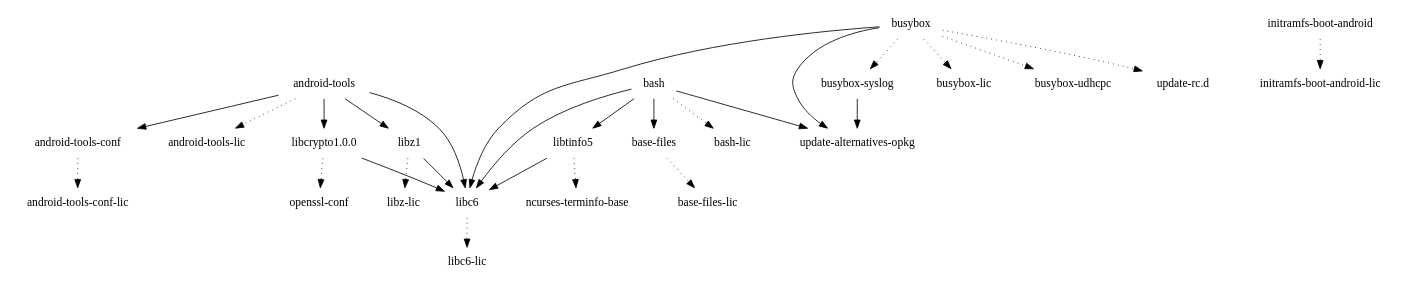
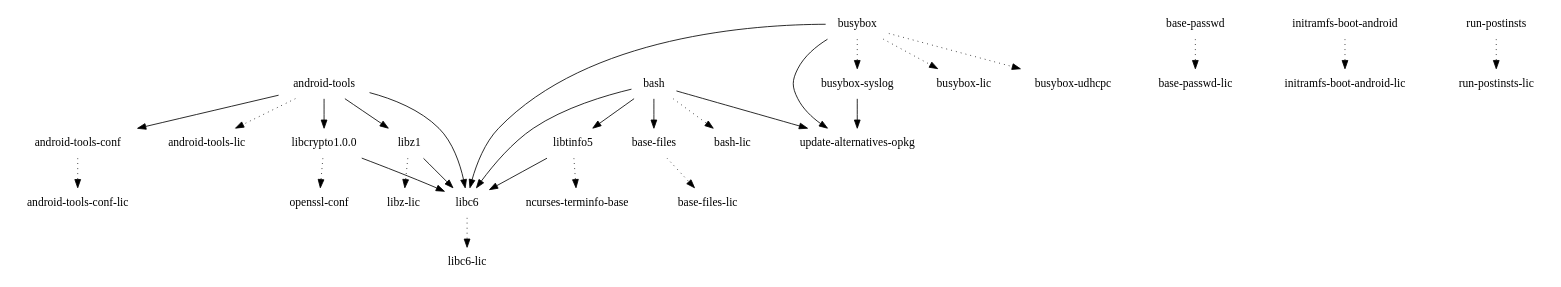
One commit to webOS-ports/buildhistory changed the diagram in images/mako/glibc/initramfs-android-image/depends.dot. Above: the diagram before and after it, drawn with Graphviz. The commit also changed 24 other files, not shown here.

```diff
--- a/images/mako/glibc/initramfs-android-image/depends.dot
+++ b/images/mako/glibc/initramfs-android-image/depends.dot
@@ -1,30 +1,31 @@
 digraph depends {
     node [shape=plaintext]
 "android-tools" -> "android-tools-conf";
 "android-tools" -> "android-tools-lic" [style=dotted];
 "android-tools" -> "libc6";
 "android-tools" -> "libcrypto1.0.0";
 "android-tools" -> "libz1";
 "android-tools-conf" -> "android-tools-conf-lic" [style=dotted];
 "base-files" -> "base-files-lic" [style=dotted];
+"base-passwd" -> "base-passwd-lic" [style=dotted];
 "bash" -> "base-files";
 "bash" -> "bash-lic" [style=dotted];
 "bash" -> "libc6";
 "bash" -> "libtinfo5";
 "bash" -> "update-alternatives-opkg";
 "busybox" -> "busybox-lic" [style=dotted];
 "busybox" -> "busybox-syslog" [style=dotted];
 "busybox" -> "busybox-udhcpc" [style=dotted];
 "busybox" -> "libc6";
 "busybox" -> "update-alternatives-opkg";
-"busybox" -> "update-rc.d" [style=dotted];
 "busybox-syslog" -> "update-alternatives-opkg";
 "initramfs-boot-android" -> "initramfs-boot-android-lic" [style=dotted];
 "libc6" -> "libc6-lic" [style=dotted];
 "libcrypto1.0.0" -> "libc6";
 "libcrypto1.0.0" -> "openssl-conf" [style=dotted];
 "libtinfo5" -> "libc6";
 "libtinfo5" -> "ncurses-terminfo-base" [style=dotted];
 "libz1" -> "libc6";
 "libz1" -> "libz-lic" [style=dotted];
+"run-postinsts" -> "run-postinsts-lic" [style=dotted];
 }
```
